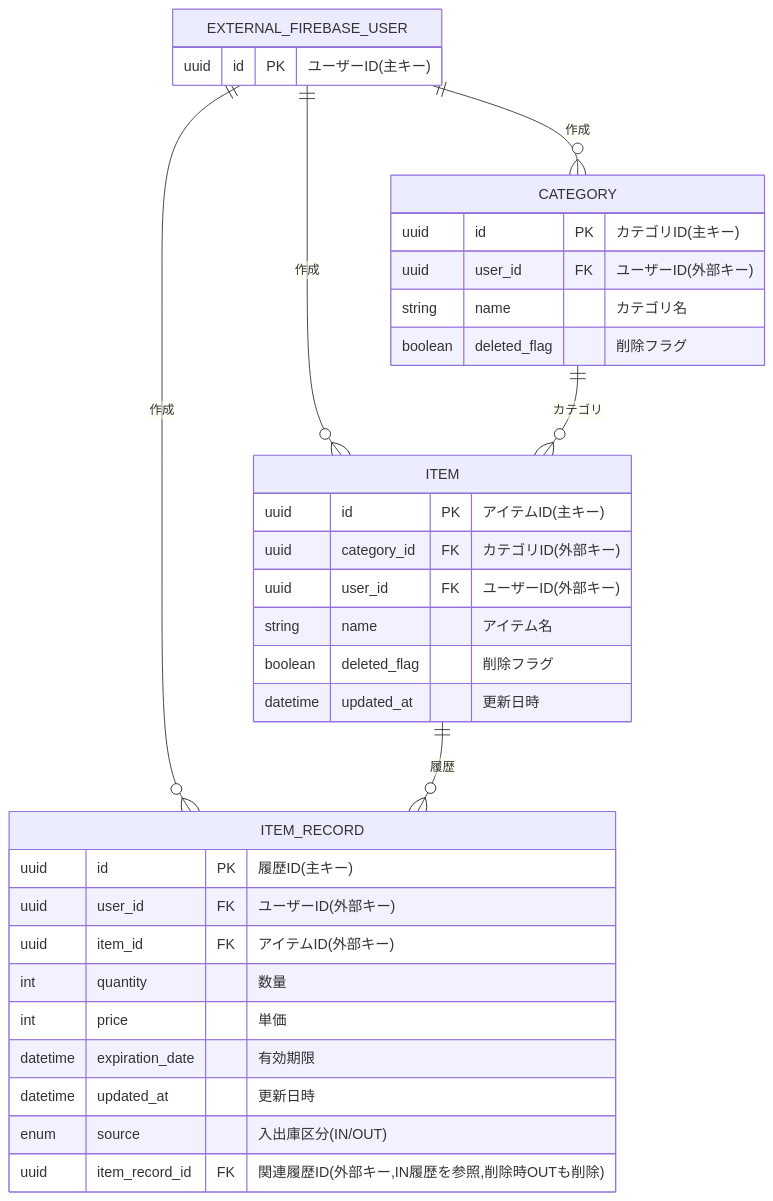
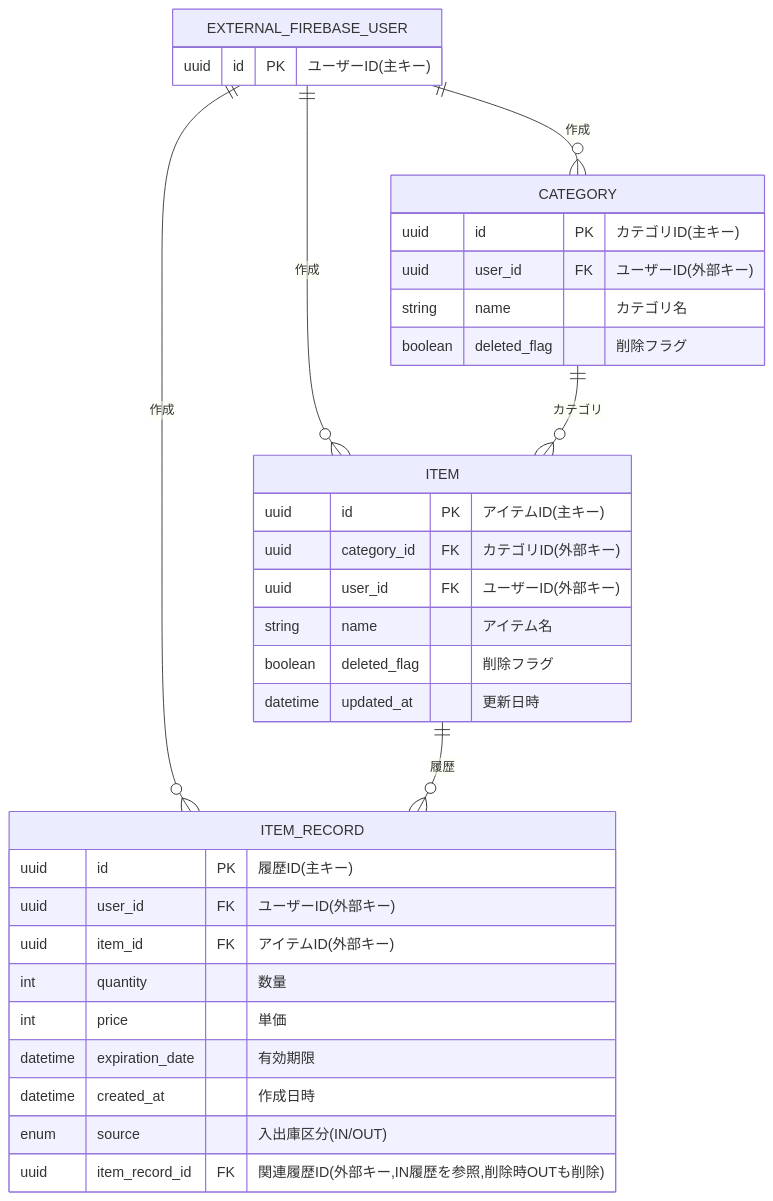
Before and after one commit to haya790315/inventory-app: the diagram in app-info/er.md, drawn with Mermaid. The commit also changed other lines of this file and 1 other file, not shown here.

Commit message:
item record更新日時を作成日時に変更

````diff
--- a/app-info/er.md
+++ b/app-info/er.md
@@ -3,40 +3,40 @@
 ```mermaid
 erDiagram
   EXTERNAL_FIREBASE_USER {
     uuid id PK "ユーザーID(主キー)"
   }
 
   CATEGORY {
     uuid id PK "カテゴリID(主キー)"
     uuid user_id FK "ユーザーID(外部キー)"
     string name "カテゴリ名"
     boolean deleted_flag "削除フラグ"
   }
 
   ITEM {
     uuid id PK "アイテムID(主キー)"
     uuid category_id FK "カテゴリID(外部キー)"
     uuid user_id FK "ユーザーID(外部キー)"
     string name "アイテム名"
     boolean deleted_flag "削除フラグ"
     datetime updated_at "更新日時"
   }
 
   ITEM_RECORD {
     uuid id PK "履歴ID(主キー)"
     uuid user_id FK "ユーザーID(外部キー)"
     uuid item_id FK "アイテムID(外部キー)"
     int quantity "数量"
     int price "単価"
     datetime expiration_date "有効期限"
-    datetime updated_at "更新日時"
+    datetime created_at "作成日時"
       enum source "入出庫区分(IN/OUT)"
       uuid item_record_id FK "関連履歴ID(外部キー,IN履歴を参照,削除時OUTも削除)"
   }
 
   EXTERNAL_FIREBASE_USER ||--o{ CATEGORY : "作成"
   EXTERNAL_FIREBASE_USER ||--o{ ITEM : "作成"
   EXTERNAL_FIREBASE_USER ||--o{ ITEM_RECORD : "作成"
   CATEGORY ||--o{ ITEM : "カテゴリ"
   ITEM ||--o{ ITEM_RECORD : "履歴"
 ```
````
